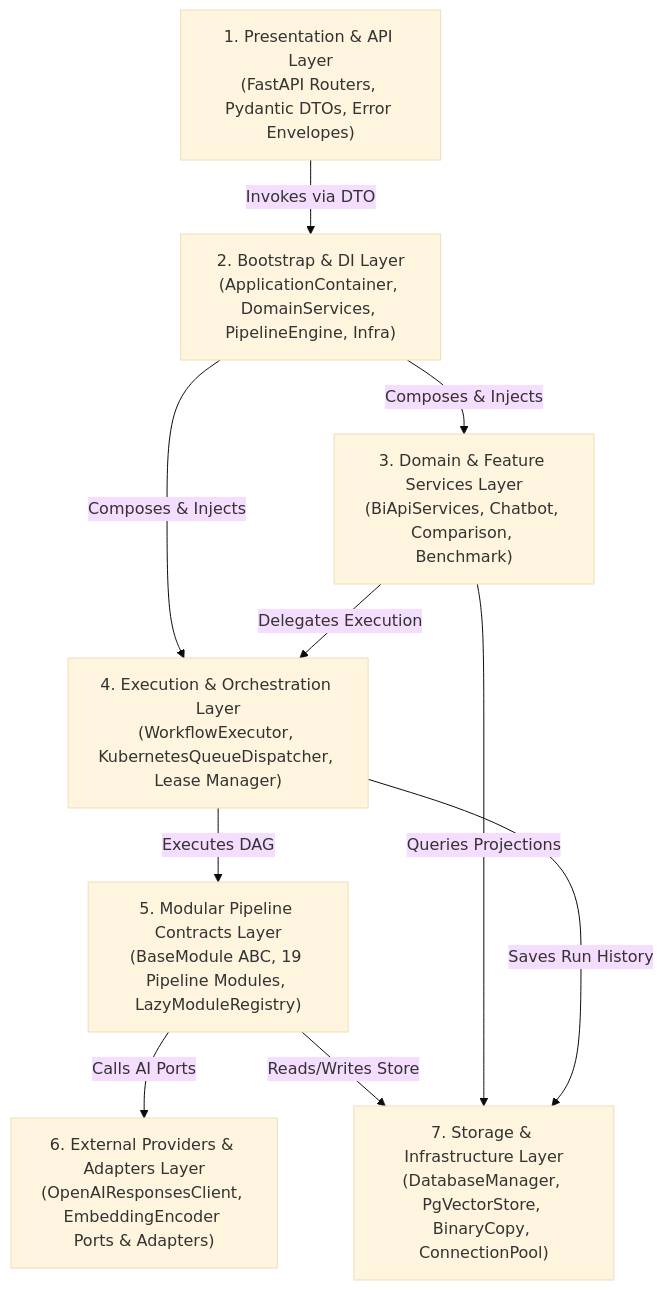
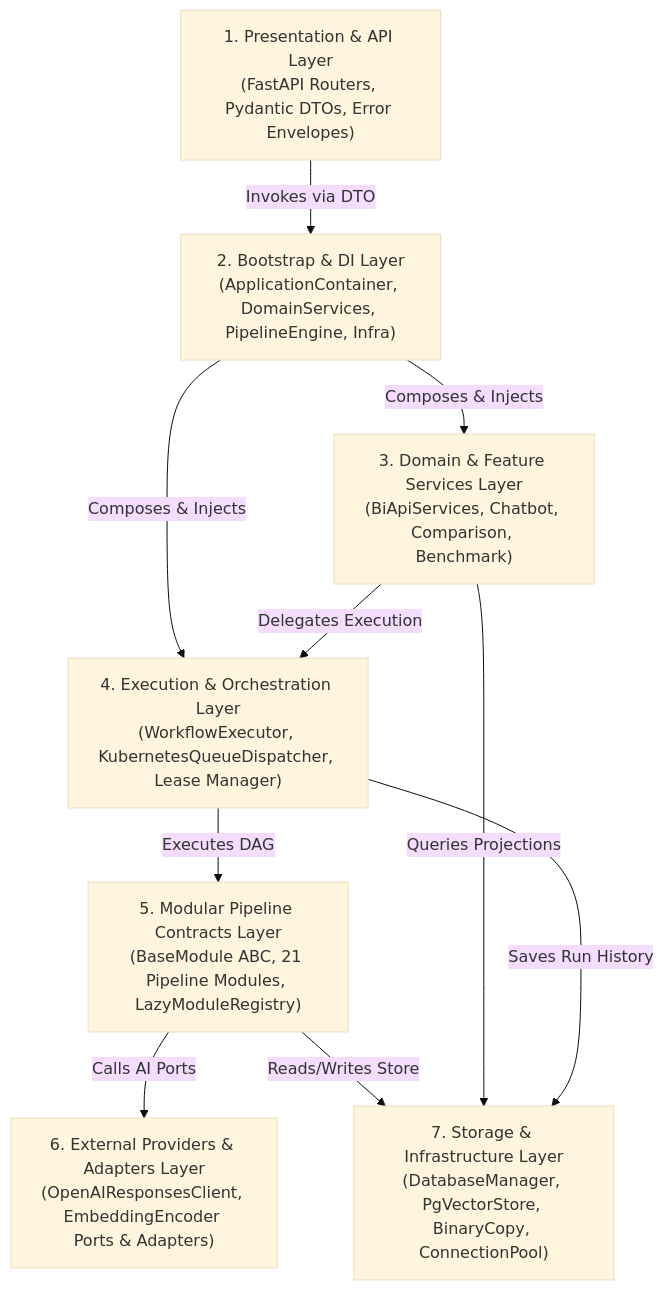
One commit to bist-mini-final/bist-mini-final changed the first of 2 diagrams in docs/blueprints/01_system_blueprints/BP-102_backend_layered_architecture.md. Above: the diagram before and after it, drawn with Mermaid (base theme). The commit also changed other lines of this file and 2 other files, not shown here.

````diff
--- a/docs/blueprints/01_system_blueprints/BP-102_backend_layered_architecture.md
+++ b/docs/blueprints/01_system_blueprints/BP-102_backend_layered_architecture.md
@@ -11,20 +11,20 @@
 ```mermaid
 graph TD
     L1["1. Presentation & API Layer<br>(FastAPI Routers, Pydantic DTOs, Error Envelopes)"]
     L2["2. Bootstrap & DI Layer<br>(ApplicationContainer, DomainServices, PipelineEngine, Infra)"]
     L3["3. Domain & Feature Services Layer<br>(BiApiServices, Chatbot, Comparison, Benchmark)"]
     L4["4. Execution & Orchestration Layer<br>(WorkflowExecutor, KubernetesQueueDispatcher, Lease Manager)"]
-    L5["5. Modular Pipeline Contracts Layer<br>(BaseModule ABC, 19 Pipeline Modules, LazyModuleRegistry)"]
+    L5["5. Modular Pipeline Contracts Layer<br>(BaseModule ABC, 21 Pipeline Modules, LazyModuleRegistry)"]
     L6["6. External Providers & Adapters Layer<br>(OpenAIResponsesClient, EmbeddingEncoder Ports & Adapters)"]
     L7["7. Storage & Infrastructure Layer<br>(DatabaseManager, PgVectorStore, BinaryCopy, ConnectionPool)"]
 
     L1 -->|Invokes via DTO| L2
     L2 -->|Composes & Injects| L3
     L2 -->|Composes & Injects| L4
     L3 -->|Delegates Execution| L4
     L4 -->|Executes DAG| L5
     L5 -->|Calls AI Ports| L6
     L5 -->|Reads/Writes Store| L7
     L3 -->|Queries Projections| L7
     L4 -->|Saves Run History| L7
 ```
````
